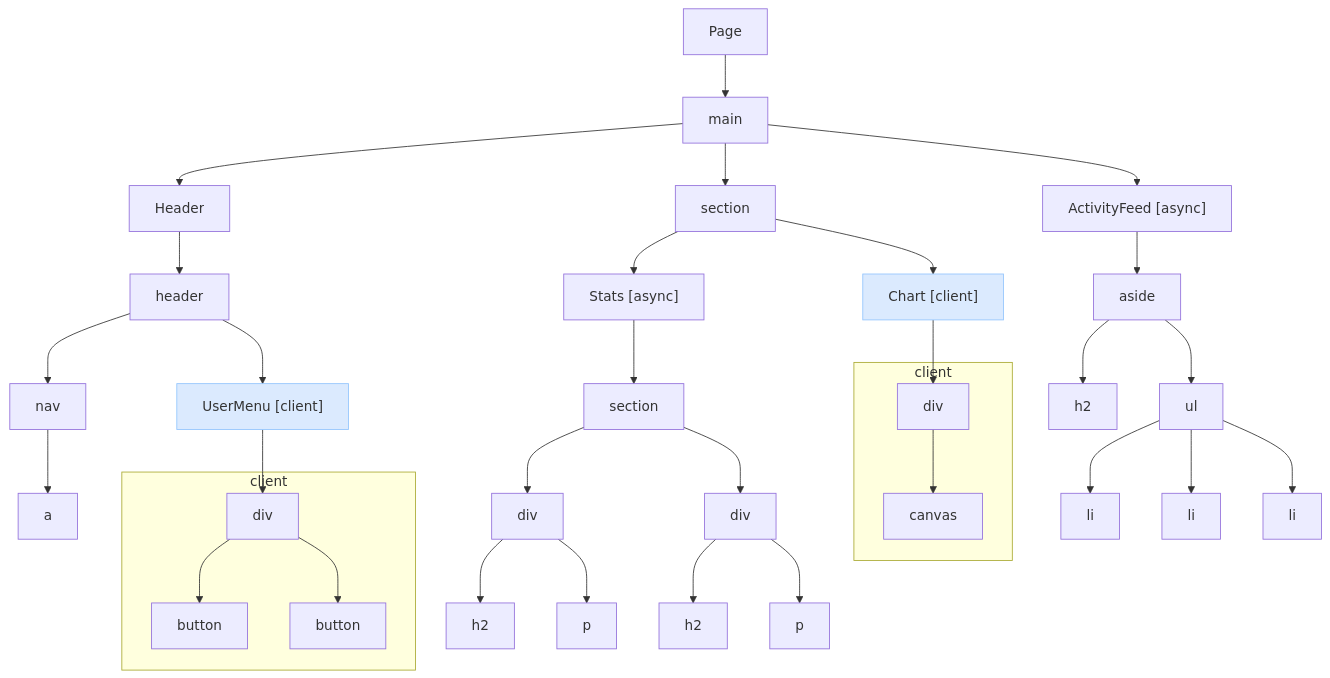
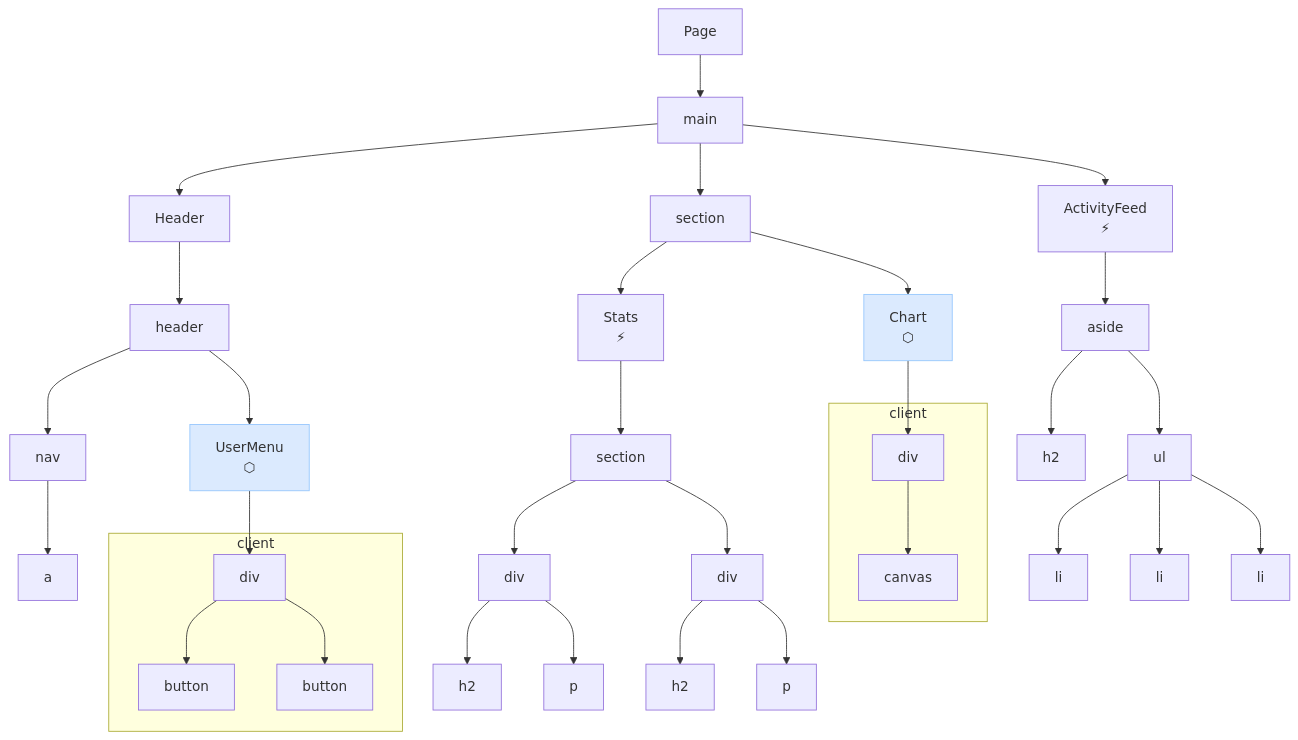
One commit to makotot/canopy changed the diagram in README.md. Above: the diagram before and after it, drawn with Mermaid. The commit also changed other lines of this file and 17 other files, not shown here.

````diff
--- a/README.md
+++ b/README.md
@@ -45,66 +45,66 @@
 ```mermaid
 flowchart TD
   n0["Page"]
   n1["main"]
   n2["Header"]
   n3["header"]
   n4["nav"]
   n5["a"]
-  n6["UserMenu [client]"]
+  n6["UserMenu<br/>⬡"]
   subgraph sg7 ["client"]
     n8["div"]
     n9["button"]
     n10["button"]
   end
   n11["section"]
-  n12["Stats [async]"]
+  n12["Stats<br/>⚡"]
   n13["section"]
   n14["div"]
   n15["h2"]
   n16["p"]
   n17["div"]
   n18["h2"]
   n19["p"]
-  n20["Chart [client]"]
+  n20["Chart<br/>⬡"]
   subgraph sg21 ["client"]
     n22["div"]
     n23["canvas"]
   end
-  n24["ActivityFeed [async]"]
+  n24["ActivityFeed<br/>⚡"]
   n25["aside"]
   n26["h2"]
   n27["ul"]
   n28["li"]
   n29["li"]
   n30["li"]
   n0 --> n1
   n1 --> n2
   n2 --> n3
   n3 --> n4
   n4 --> n5
   n3 --> n6
   n6 --> n8
   n8 --> n9
   n8 --> n10
   n1 --> n11
   n11 --> n12
   n12 --> n13
   n13 --> n14
   n14 --> n15
   n14 --> n16
   n13 --> n17
   n17 --> n18
   n17 --> n19
   n11 --> n20
   n20 --> n22
   n22 --> n23
   n1 --> n24
   n24 --> n25
   n25 --> n26
   n25 --> n27
   n27 --> n28
   n27 --> n29
   n27 --> n30
   style n6 fill:#dbeafe,stroke:#93c5fd
   style n20 fill:#dbeafe,stroke:#93c5fd
 ```
````
